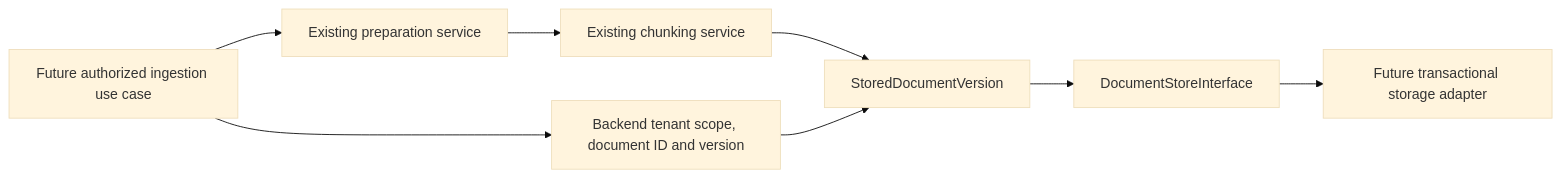
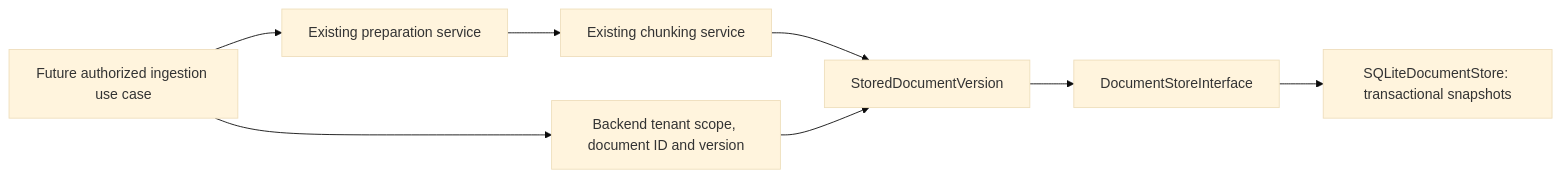
The diagram in docs/architecture/document-storage.md (khushal075/crewos), drawn with Mermaid (base theme) before and after one commit. The commit also changed other lines of this file and 6 other files, not shown here.

First line of the commit message:
feat: persist tenant-scoped document versions in SQLite

````diff
--- a/docs/architecture/document-storage.md
+++ b/docs/architecture/document-storage.md
@@ -7,10 +7,10 @@
 ```mermaid
 flowchart LR
     Auth[Future authorized ingestion use case] --> Prep[Existing preparation service]
     Prep --> Chunk[Existing chunking service]
     Chunk --> Snapshot[StoredDocumentVersion]
     Auth --> Identity[Backend tenant scope, document ID and version]
     Identity --> Snapshot
     Snapshot --> Interface[DocumentStoreInterface]
-    Interface --> DB[Future transactional storage adapter]
+    Interface --> DB[SQLiteDocumentStore: transactional snapshots]
 ```
````
